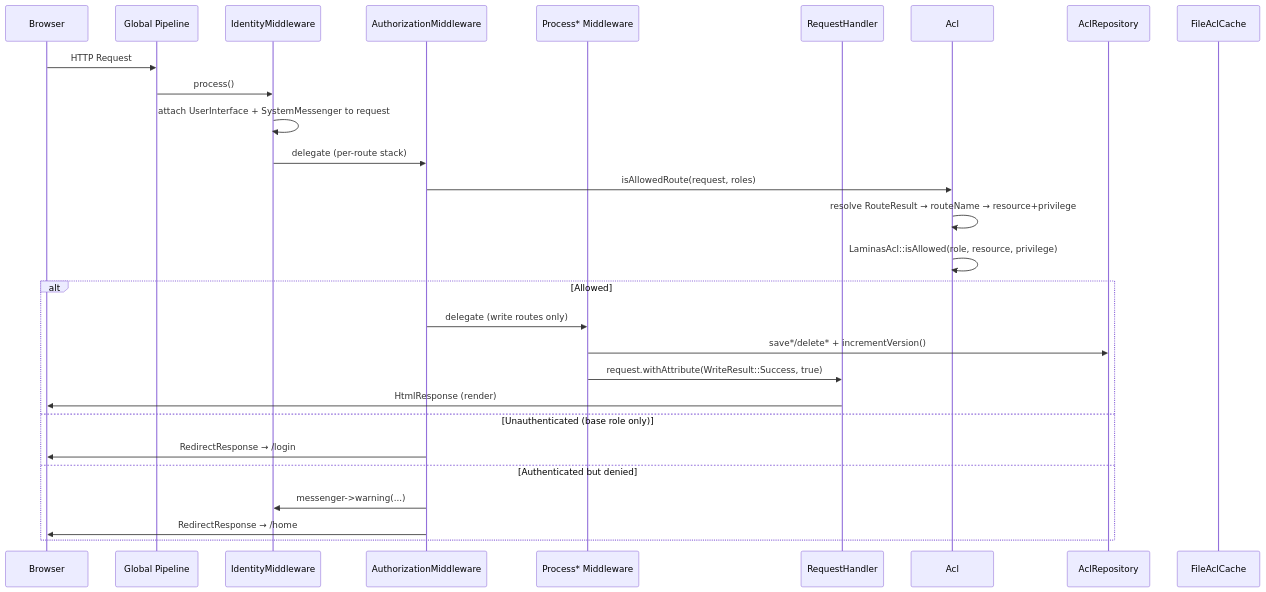
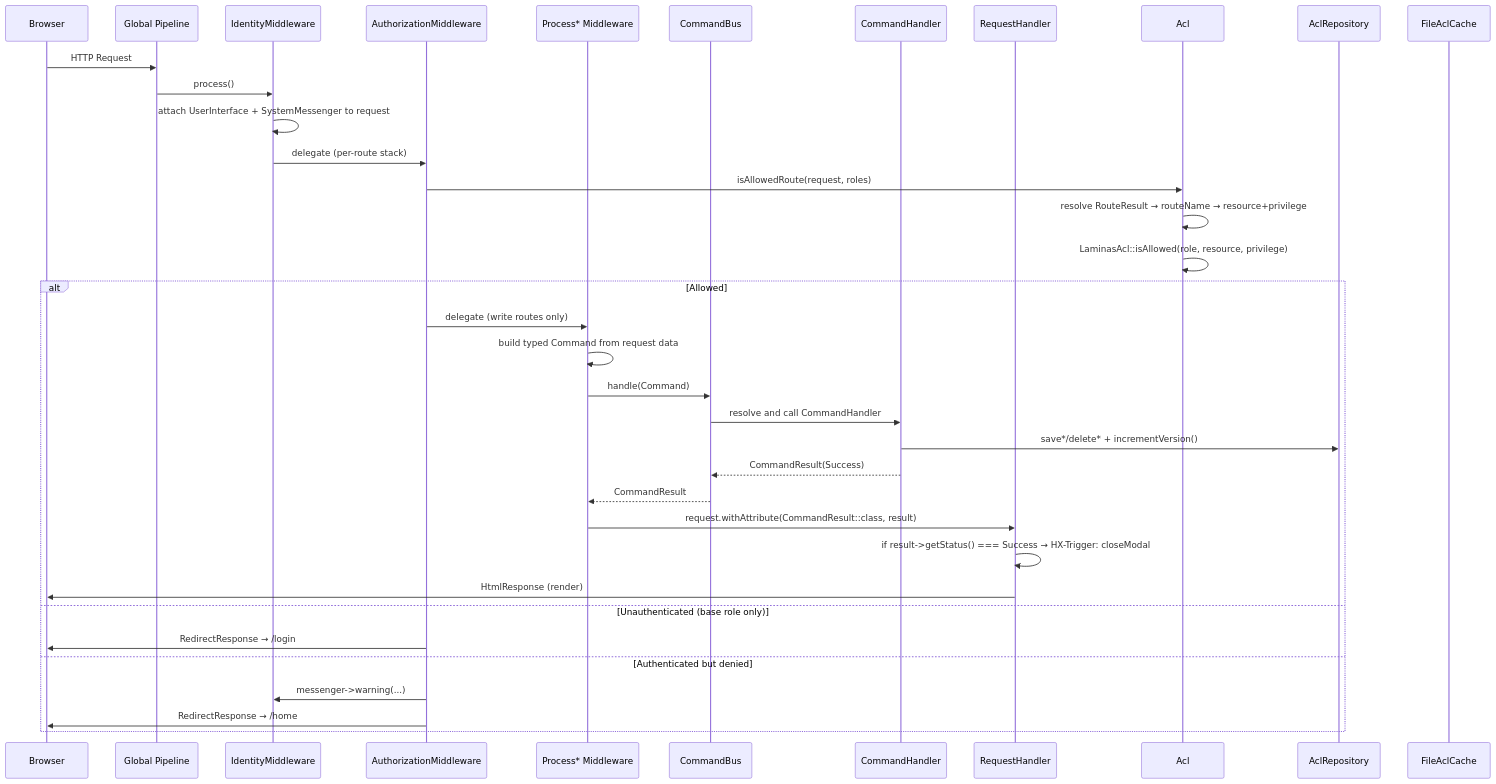
The sixth of 9 diagrams in src/webware-acl/docs/architecture/blueprint.md (tyrsson/farmers-store-inventory), drawn with Mermaid before and after one commit. The commit also changed other lines of this file and 98 other files, not shown here.

````diff
--- a/src/webware-acl/docs/architecture/blueprint.md
+++ b/src/webware-acl/docs/architecture/blueprint.md
@@ -195,34 +218,42 @@
 ```mermaid
 sequenceDiagram
     participant Browser
     participant Pipeline as Global Pipeline
     participant IdentMW as IdentityMiddleware
     participant AuthMW as AuthorizationMiddleware
     participant ProcMW as Process* Middleware
+    participant Bus as CommandBus
+    participant CmdHandler as CommandHandler
     participant Handler as RequestHandler
     participant Acl
     participant Repo as AclRepository
     participant Cache as FileAclCache
 
     Browser->>Pipeline: HTTP Request
 
     Pipeline->>IdentMW: process()
     IdentMW->>IdentMW: attach UserInterface + SystemMessenger to request
     IdentMW->>AuthMW: delegate (per-route stack)
 
     AuthMW->>Acl: isAllowedRoute(request, roles)
     Acl->>Acl: resolve RouteResult → routeName → resource+privilege
     Acl->>Acl: LaminasAcl::isAllowed(role, resource, privilege)
 
     alt Allowed
         AuthMW->>ProcMW: delegate (write routes only)
-        ProcMW->>Repo: save*/delete* + incrementVersion()
-        ProcMW->>Handler: request.withAttribute(WriteResult::Success, true)
+        ProcMW->>ProcMW: build typed Command from request data
+        ProcMW->>Bus: handle(Command)
+        Bus->>CmdHandler: resolve and call CommandHandler
+        CmdHandler->>Repo: save*/delete* + incrementVersion()
+        CmdHandler-->>Bus: CommandResult(Success)
+        Bus-->>ProcMW: CommandResult
+        ProcMW->>Handler: request.withAttribute(CommandResult::class, result)
+        Handler->>Handler: if result->getStatus() === Success → HX-Trigger: closeModal
         Handler->>Browser: HtmlResponse (render)
     else Unauthenticated (base role only)
         AuthMW->>Browser: RedirectResponse → /login
     else Authenticated but denied
         AuthMW->>IdentMW: messenger->warning(...)
         AuthMW->>Browser: RedirectResponse → /home
     end
 ```
````
